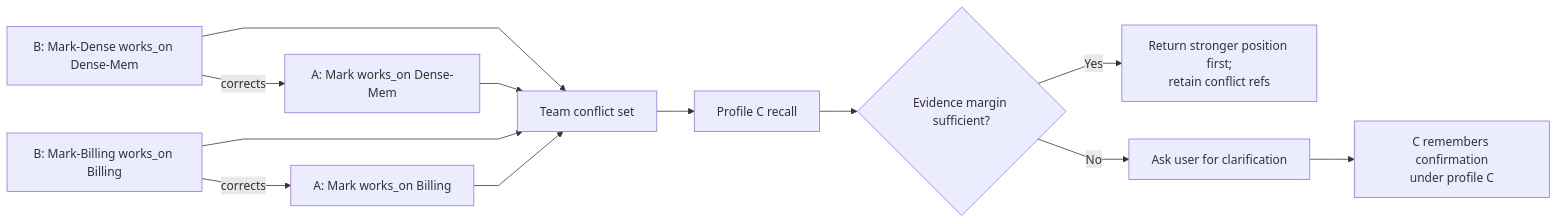
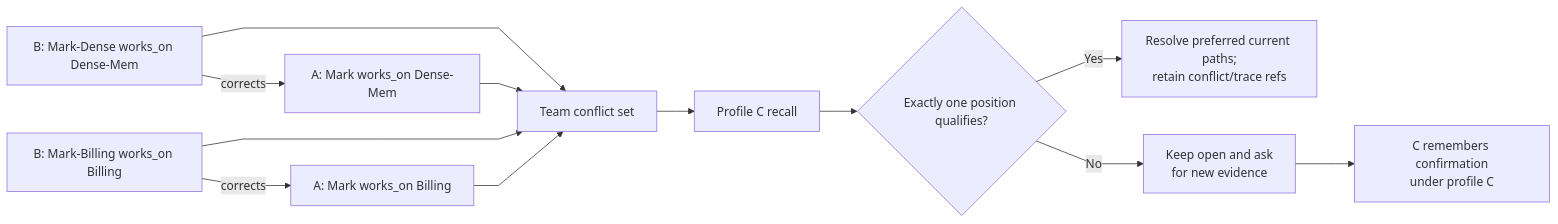
One commit to markhuangai/dense-mem changed the second of 4 diagrams in Conflicts-And-Corrections.md. Above: the diagram before and after it, drawn with Mermaid. The commit also changed other lines of this file and 22 other files, not shown here.

````diff
--- a/Conflicts-And-Corrections.md
+++ b/Conflicts-And-Corrections.md
@@ -84,15 +85,15 @@
 ```mermaid
 %%{init: {"flowchart": {"curve": "linear"}}}%%
 flowchart LR
   A1["A: Mark works_on Dense-Mem"] --> Set["Team conflict set"]
   A2["A: Mark works_on Billing"] --> Set
   B1["B: Mark-Dense works_on Dense-Mem"] --> Set
   B2["B: Mark-Billing works_on Billing"] --> Set
   B1 -->|"corrects"| A1
   B2 -->|"corrects"| A2
   Set --> C["Profile C recall"]
-  C --> Decision{"Evidence margin sufficient?"}
-  Decision -- Yes --> Prefer["Return stronger position first;<br/>retain conflict refs"]
-  Decision -- No --> Ask["Ask user for clarification"]
+  C --> Decision{"Exactly one position qualifies?"}
+  Decision -- Yes --> Prefer["Resolve preferred current paths;<br/>retain conflict/trace refs"]
+  Decision -- No --> Ask["Keep open and ask<br/>for new evidence"]
   Ask --> CWrite["C remembers confirmation<br/>under profile C"]
 ```
````
